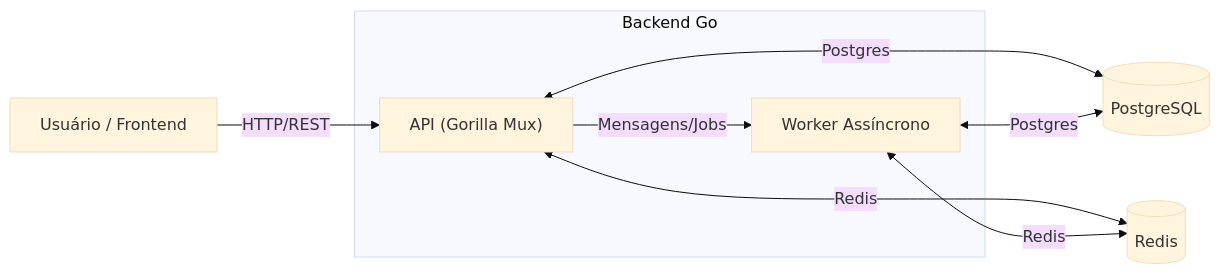
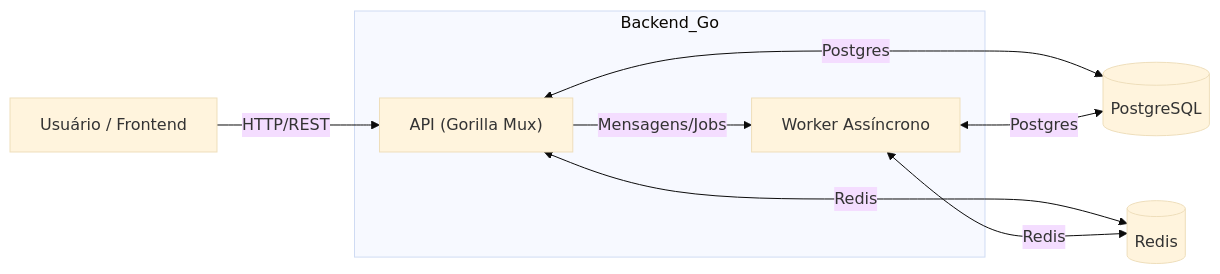
One commit to Maria-Leiliane/go-guardiao-api changed the diagram in README.md. Above: the diagram before and after it, drawn with Mermaid (base theme). The commit also changed other lines of this file and 4 other files, not shown here.

````diff
--- a/README.md
+++ b/README.md
@@ -22,17 +22,17 @@
 ```mermaid
 flowchart LR
-    subgraph Backend Go
+    subgraph Backend_Go
         API["API (Gorilla Mux)"]
         Worker["Worker Assíncrono"]
     end
 
     Client[Usuário / Frontend] -->|HTTP/REST| API
 
     API <--> |Postgres| DB[(PostgreSQL)]
     API <--> |Redis| Cache[(Redis)]
 
     Worker <--> |Postgres| DB
     Worker <--> |Redis| Cache
 
     API -- Mensagens/Jobs --> Worker
 ```
````
